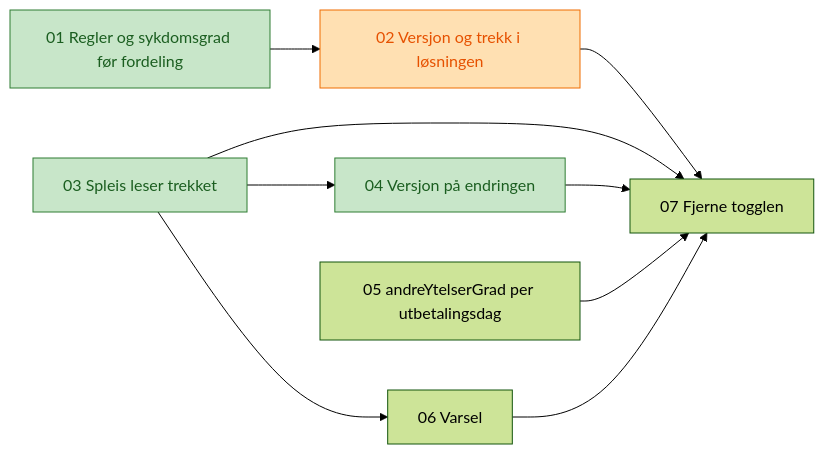
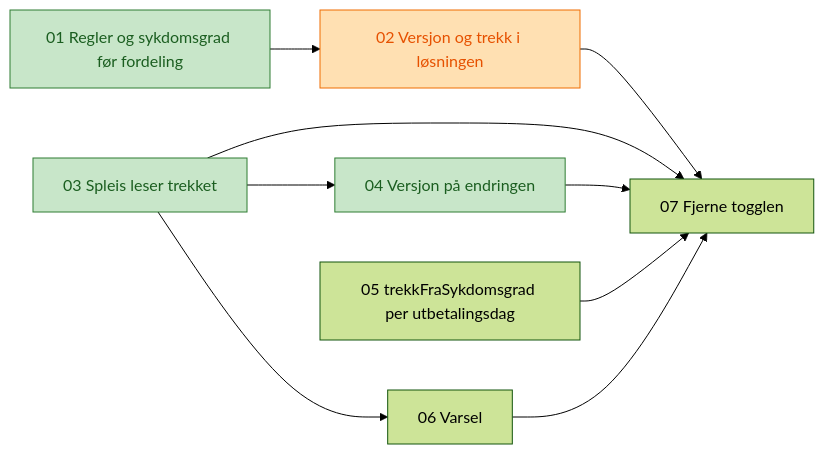
Before and after one commit to navikt/helse-sas-meta: the diagram in docs/tickets/graderte-andre-ytelser/index.md, drawn with Mermaid (forest theme). The commit also changed other lines of this file and 5 other files, not shown here.

Commit message:
📝 andreYtelserGrad -> trekkFraSykdomsgrad

````diff
--- a/docs/tickets/graderte-andre-ytelser/index.md
+++ b/docs/tickets/graderte-andre-ytelser/index.md
@@ -15,16 +15,16 @@
 ```mermaid
 flowchart LR
     T01[01 Regler og sykdomsgrad før fordeling] --> T02[02 Versjon og trekk i løsningen]
     T03[03 Spleis leser trekket] --> T04[04 Versjon på endringen]
     T03 --> T06[06 Varsel]
     T02 --> T07[07 Fjerne togglen]
     T03 --> T07
     T04 --> T07
-    T05[05 andreYtelserGrad per utbetalingsdag] --> T07
+    T05[05 trekkFraSykdomsgrad per utbetalingsdag] --> T07
     T06 --> T07
 
     classDef ferdig fill:#c8e6c9,stroke:#2e7d32,color:#1b5e20
     classDef pagar fill:#ffe0b2,stroke:#ef6c00,color:#e65100
     class T01,T03,T04 ferdig
     class T02 pagar
 ```
````
